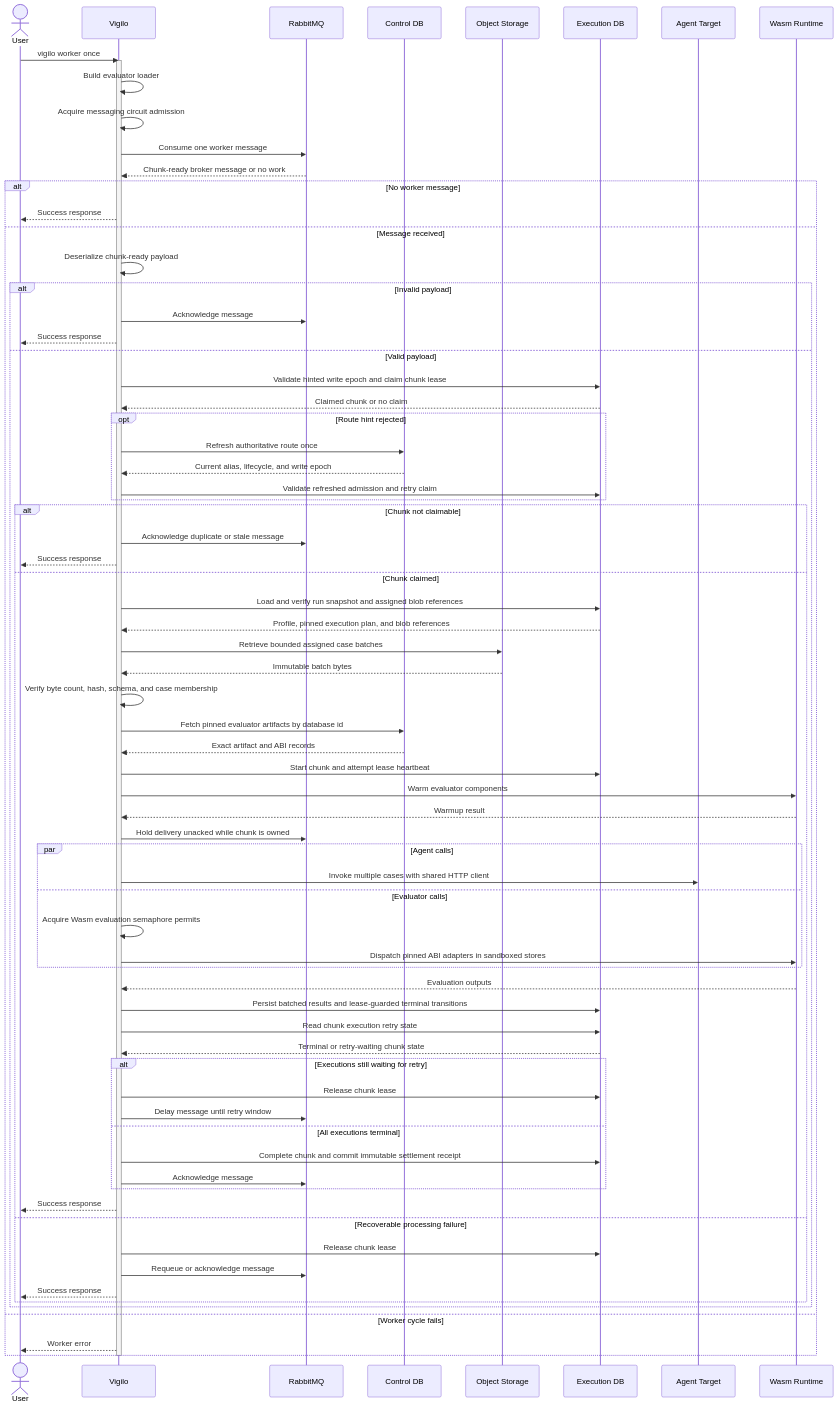
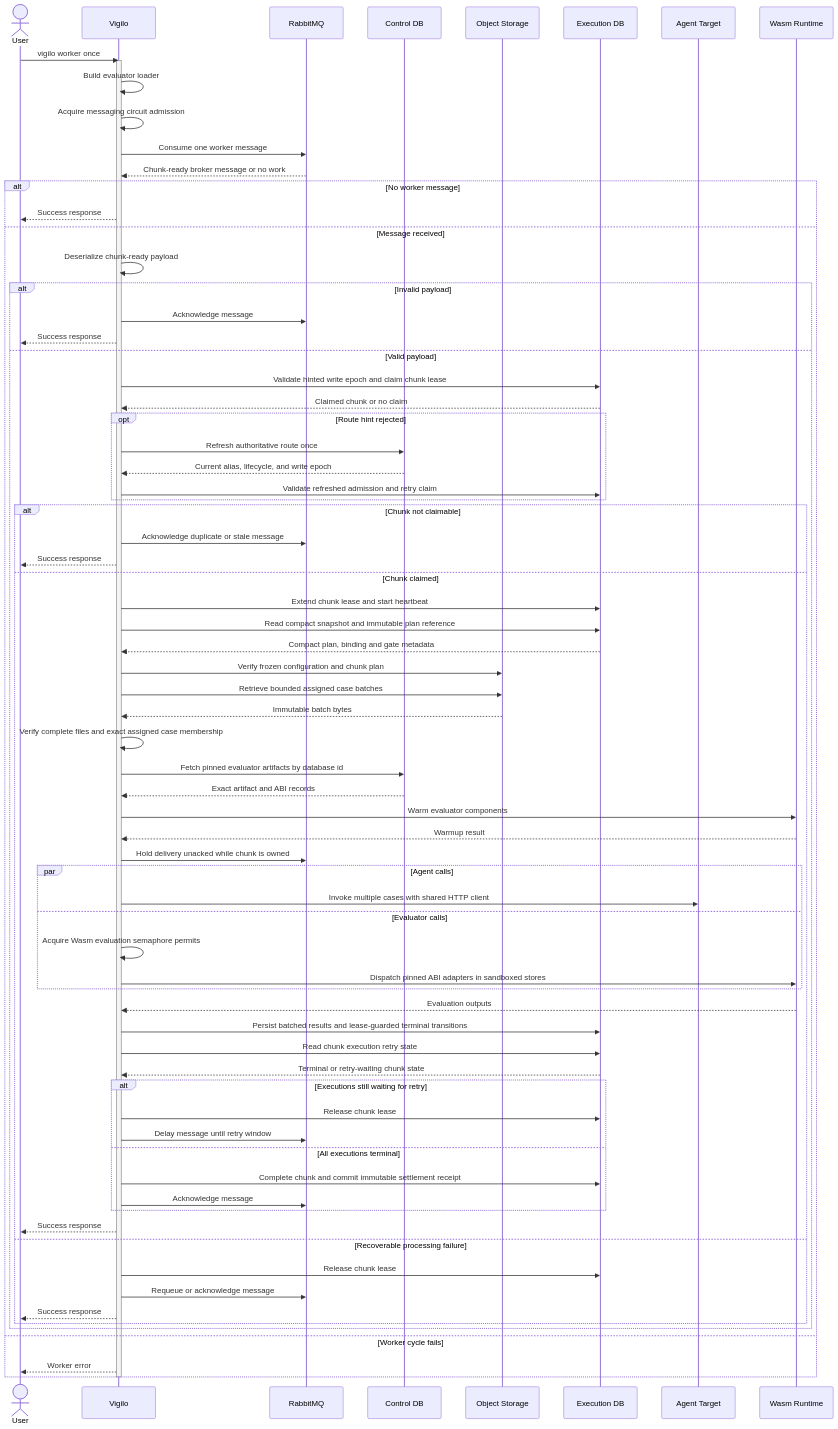
One commit to agent-vigilo/vigilo changed the diagram in web/docs/architecture/flows/worker/once/execution-flow.mmd. Above: the diagram before and after it, drawn with Mermaid. The commit also changed 112 other files, not shown here.

Commit message:
refactor worker run to use case blob storage

```diff
--- a/web/docs/architecture/flows/worker/once/execution-flow.mmd
+++ b/web/docs/architecture/flows/worker/once/execution-flow.mmd
@@ -1,85 +1,86 @@
 ---
 config:
   flowchart:
     nodeSpacing: 150
     rankSpacing: 80
   themeVariables:
     edgeLabelBackground: 'transparent'
 ---
 sequenceDiagram
     actor User
     participant Vigilo
     participant Queue as RabbitMQ
     participant ControlDB as Control DB
     participant Objects as Object Storage
     participant ExecutionDB as Execution DB
     participant Agent as Agent Target
     participant WASM as Wasm Runtime
 
     User->>Vigilo: vigilo worker once
     activate Vigilo
     Vigilo->>Vigilo: Build evaluator loader
     Vigilo->>Vigilo: Acquire messaging circuit admission
     Vigilo->>Queue: Consume one worker message
     Queue-->>Vigilo: Chunk-ready broker message or no work
 
     alt No worker message
         Vigilo-->>User: Success response
     else Message received
         Vigilo->>Vigilo: Deserialize chunk-ready payload
         alt Invalid payload
             Vigilo->>Queue: Acknowledge message
             Vigilo-->>User: Success response
         else Valid payload
             Vigilo->>ExecutionDB: Validate hinted write epoch and claim chunk lease
             ExecutionDB-->>Vigilo: Claimed chunk or no claim
 
             opt Route hint rejected
                 Vigilo->>ControlDB: Refresh authoritative route once
                 ControlDB-->>Vigilo: Current alias, lifecycle, and write epoch
                 Vigilo->>ExecutionDB: Validate refreshed admission and retry claim
             end
 
             alt Chunk not claimable
                 Vigilo->>Queue: Acknowledge duplicate or stale message
                 Vigilo-->>User: Success response
             else Chunk claimed
-                Vigilo->>ExecutionDB: Load and verify run snapshot and assigned blob references
-                ExecutionDB-->>Vigilo: Profile, pinned execution plan, and blob references
+                Vigilo->>ExecutionDB: Extend chunk lease and start heartbeat
+                Vigilo->>ExecutionDB: Read compact snapshot and immutable plan reference
+                ExecutionDB-->>Vigilo: Compact plan, binding and gate metadata
+                Vigilo->>Objects: Verify frozen configuration and chunk plan
                 Vigilo->>Objects: Retrieve bounded assigned case batches
                 Objects-->>Vigilo: Immutable batch bytes
-                Vigilo->>Vigilo: Verify byte count, hash, schema, and case membership
+                Vigilo->>Vigilo: Verify complete files and exact assigned case membership
                 Vigilo->>ControlDB: Fetch pinned evaluator artifacts by database id
                 ControlDB-->>Vigilo: Exact artifact and ABI records
-                Vigilo->>ExecutionDB: Start chunk and attempt lease heartbeat
                 Vigilo->>WASM: Warm evaluator components
                 WASM-->>Vigilo: Warmup result
                 Vigilo->>Queue: Hold delivery unacked while chunk is owned
                 par Agent calls
                     Vigilo->>Agent: Invoke multiple cases with shared HTTP client
                 and Evaluator calls
                     Vigilo->>Vigilo: Acquire Wasm evaluation semaphore permits
                     Vigilo->>WASM: Dispatch pinned ABI adapters in sandboxed stores
                 end
                 WASM-->>Vigilo: Evaluation outputs
                 Vigilo->>ExecutionDB: Persist batched results and lease-guarded terminal transitions
                 Vigilo->>ExecutionDB: Read chunk execution retry state
                 ExecutionDB-->>Vigilo: Terminal or retry-waiting chunk state
                 alt Executions still waiting for retry
                     Vigilo->>ExecutionDB: Release chunk lease
                     Vigilo->>Queue: Delay message until retry window
                 else All executions terminal
                     Vigilo->>ExecutionDB: Complete chunk and commit immutable settlement receipt
                     Vigilo->>Queue: Acknowledge message
                 end
                 Vigilo-->>User: Success response
             else Recoverable processing failure
                 Vigilo->>ExecutionDB: Release chunk lease
                 Vigilo->>Queue: Requeue or acknowledge message
                 Vigilo-->>User: Success response
             end
         end
     else Worker cycle fails
         Vigilo-->>User: Worker error
     end
     deactivate Vigilo
```
